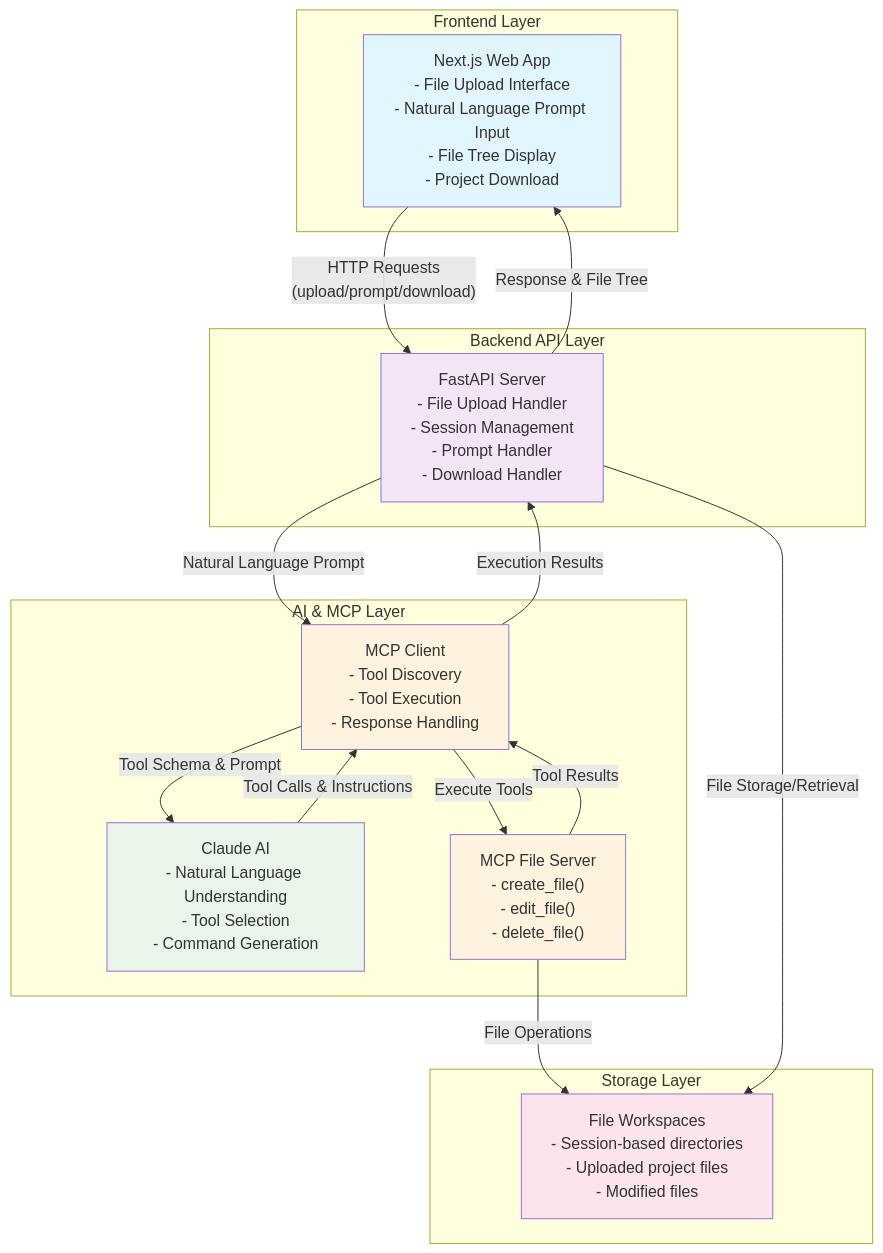
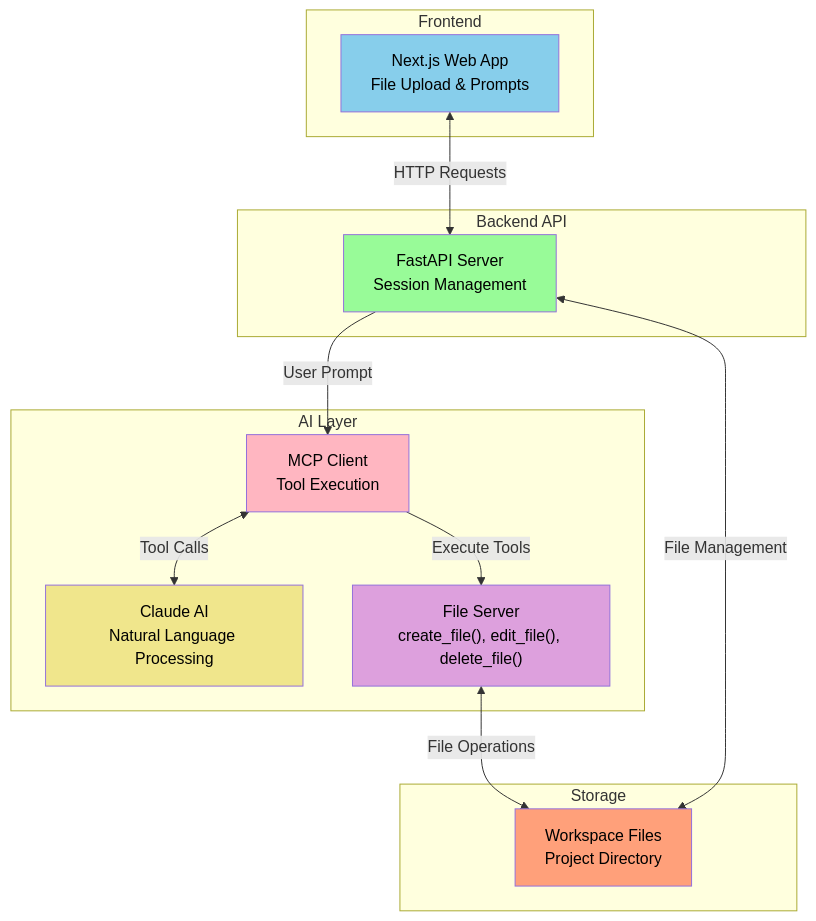
The diagram in README.md (aditya-borse/mcp), drawn with Mermaid before and after one commit. The commit also changed other lines of this file and 7 other files, not shown here.

````diff
--- a/README.md
+++ b/README.md
@@ -20,39 +20,34 @@
 ```mermaid
 graph TB
-    subgraph "Frontend Layer"
-        UI["Next.js Web App<br/>- File Upload Interface<br/>- Natural Language Prompt Input<br/>- File Tree Display<br/>- Project Download"]
+    subgraph "Frontend"
+        UI["Next.js Web App<br/>File Upload & Prompts"]
     end
     
-    subgraph "Backend API Layer"
-        API["FastAPI Server<br/>- File Upload Handler<br/>- Session Management<br/>- Prompt Handler<br/>- Download Handler"]
+    subgraph "Backend API"
+        API["FastAPI Server<br/>Session Management"]
     end
     
-    subgraph "AI & MCP Layer"
-        MCP_CLIENT["MCP Client<br/>- Tool Discovery<br/>- Tool Execution<br/>- Response Handling"]
-        CLAUDE["Claude AI<br/>- Natural Language Understanding<br/>- Tool Selection<br/>- Command Generation"]
-        MCP_SERVER["MCP File Server<br/>- create_file()<br/>- edit_file()<br/>- delete_file()"]
+    subgraph "AI Layer"
+        MCP["MCP Client<br/>Tool Execution"]
+        CLAUDE["Claude AI<br/>Natural Language Processing"]
+        SERVER["File Server<br/>create_file(), edit_file(), delete_file()"]
     end
     
-    subgraph "Storage Layer"
-        WORKSPACES["File Workspaces<br/>- Session-based directories<br/>- Uploaded project files<br/>- Modified files"]
+    subgraph "Storage"
+        FILES["Workspace Files<br/>Project Directory"]
     end
     
-    UI -->|"HTTP Requests<br/>(upload/prompt/download)"| API
-    API -->|"Natural Language Prompt"| MCP_CLIENT
-    MCP_CLIENT -->|"Tool Schema & Prompt"| CLAUDE
-    CLAUDE -->|"Tool Calls & Instructions"| MCP_CLIENT
-    MCP_CLIENT -->|"Execute Tools"| MCP_SERVER
-    MCP_SERVER -->|"File Operations"| WORKSPACES
-    API -->|"File Storage/Retrieval"| WORKSPACES
+    UI <-->|"HTTP Requests"| API
+    API -->|"User Prompt"| MCP
+    MCP <-->|"Tool Calls"| CLAUDE
+    MCP -->|"Execute Tools"| SERVER
+    SERVER <-->|"File Operations"| FILES
+    API <-->|"File Management"| FILES
     
-    API -->|"Response & File Tree"| UI
-    MCP_SERVER -->|"Tool Results"| MCP_CLIENT
-    MCP_CLIENT -->|"Execution Results"| API
-    
-    style UI fill:#e1f5fe
-    style API fill:#f3e5f5
-    style MCP_CLIENT fill:#fff3e0
-    style CLAUDE fill:#e8f5e8
-    style MCP_SERVER fill:#fff3e0
-    style WORKSPACES fill:#fce4ec
+    style UI fill:#87CEEB,color:#000
+    style API fill:#98FB98,color:#000
+    style MCP fill:#FFB6C1,color:#000
+    style CLAUDE fill:#F0E68C,color:#000
+    style SERVER fill:#DDA0DD,color:#000
+    style FILES fill:#FFA07A,color:#000
 ```
````
